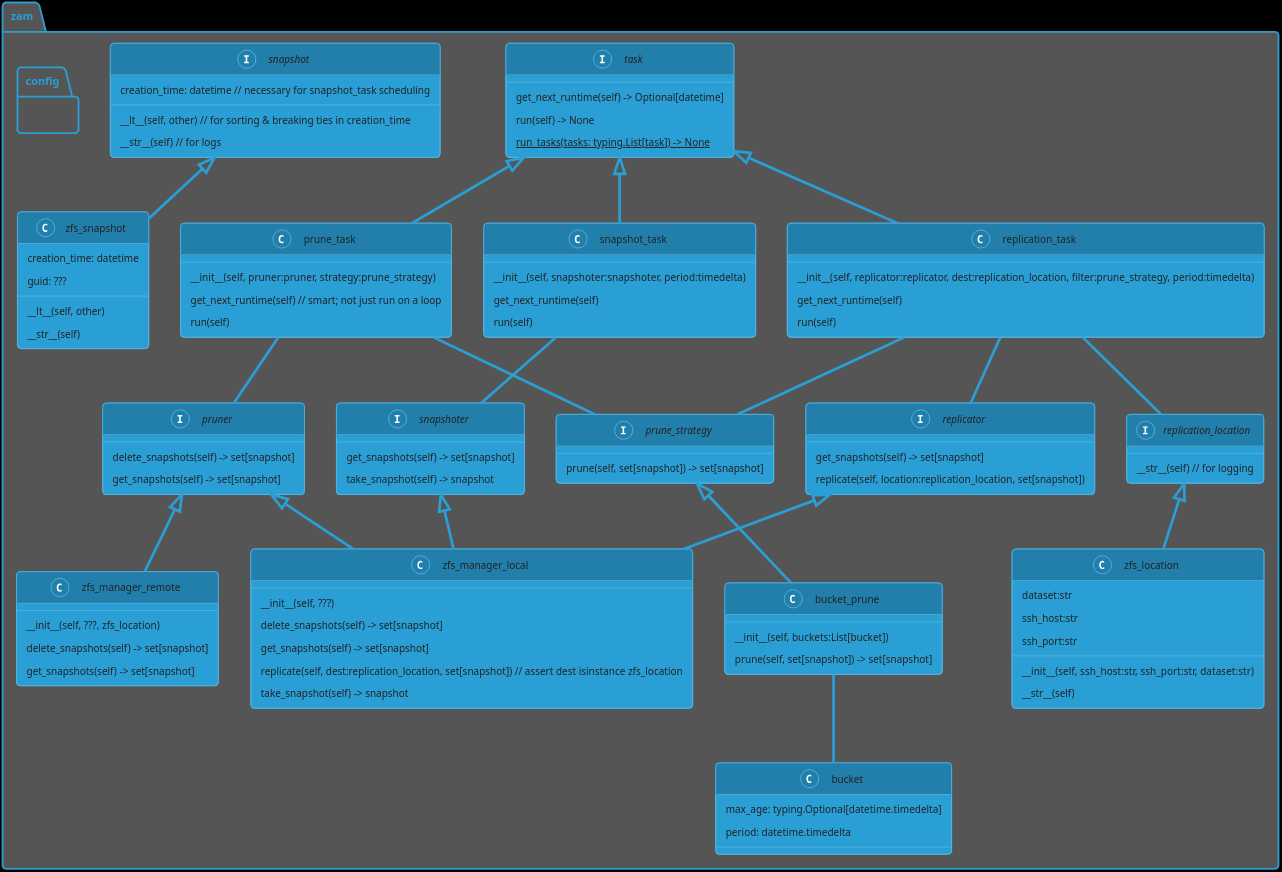
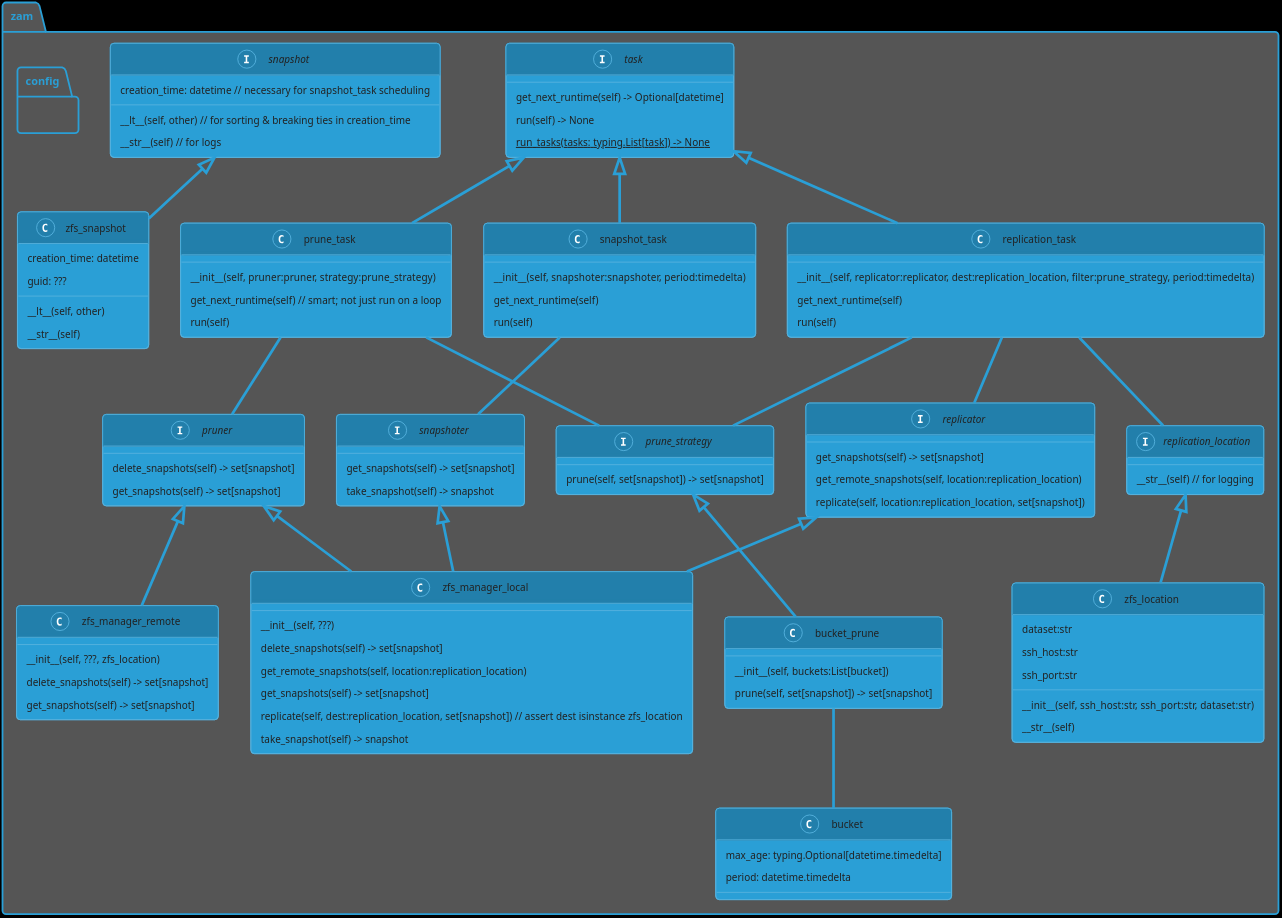
One commit to Ivan-Johnson/ZAM changed the diagram in docs/class_diagram.plantuml. Above: the diagram before and after it, drawn with PlantUML.

Commit message:
Add missing get_remote_snapshots method to replicator

```diff
--- a/docs/class_diagram.plantuml
+++ b/docs/class_diagram.plantuml
@@ -2,134 +2,136 @@
 @startuml
 !theme cyborg
 skinparam backgroundColor black
 skinparam dpi 300
 
 package "zam" {
 	interface task {
 		get_next_runtime(self) -> Optional[datetime]
 		run(self) -> None
 		{static} run_tasks(tasks: typing.List[task]) -> None
 	}
 
 	interface snapshot {
 		__lt__(self, other) // for sorting & breaking ties in creation_time
 		__str__(self) // for logs
 		creation_time: datetime // necessary for snapshot_task scheduling
 	}
 
 	class zfs_snapshot {
 		__lt__(self, other)
 		__str__(self)
 		creation_time: datetime
 		guid: ???
 	}
 	zfs_snapshot -up-|> snapshot
 
 	interface snapshoter {
 		get_snapshots(self) -> set[snapshot]
 		take_snapshot(self) -> snapshot
 	}
 
 	class snapshot_task {
 		__init__(self, snapshoter:snapshoter, period:timedelta)
 		get_next_runtime(self)
 		run(self)
 	}
 
 	snapshot_task -up-|> task
 	snapshot_task -- snapshoter
 
 	interface replicator {
 		get_snapshots(self) -> set[snapshot]
+		get_remote_snapshots(self, location:replication_location)
 		replicate(self, location:replication_location, set[snapshot])
 	}
 
 	interface replication_location {
 		__str__(self) // for logging
 	}
 
 	class replication_task {
 		__init__(self, replicator:replicator, dest:replication_location, filter:prune_strategy, period:timedelta)
 		get_next_runtime(self)
 		run(self)
 	}
 
 	replication_task -up-|> task
 	replication_task -- replicator
 	replication_task -- replication_location
 	replication_task -- prune_strategy
 
 	class prune_task {
 		__init__(self, pruner:pruner, strategy:prune_strategy)
 		get_next_runtime(self) // smart; not just run on a loop
 		run(self)
 	}
 
 	interface prune_strategy {
 		prune(self, set[snapshot]) -> set[snapshot]
 	}
 
 	interface pruner {
 		delete_snapshots(self) -> set[snapshot]
 		get_snapshots(self) -> set[snapshot]
 	}
 
 	prune_task -up-|> task
 	prune_task -- pruner
 	prune_task -- prune_strategy
 
 	class bucket {
 		'This probably shouldn't be a separate class
 		max_age: typing.Optional[datetime.timedelta]
 		period: datetime.timedelta
 	}
 
 	class bucket_prune {
 		__init__(self, buckets:List[bucket])
 		prune(self, set[snapshot]) -> set[snapshot]
 	}
 	bucket_prune -up-|> prune_strategy
 	bucket_prune -- bucket
 
 	class zfs_location {
 		__init__(self, ssh_host:str, ssh_port:str, dataset:str)
 		__str__(self)
 		dataset:str
 		ssh_host:str
 		ssh_port:str
 	}
 	zfs_location -up-|> replication_location
 
 	class zfs_manager_local {
 		__init__(self, ???)
 		delete_snapshots(self) -> set[snapshot]
+		get_remote_snapshots(self, location:replication_location)
 		get_snapshots(self) -> set[snapshot]
 		replicate(self, dest:replication_location, set[snapshot]) // assert dest isinstance zfs_location
 		take_snapshot(self) -> snapshot
 	}
 	zfs_manager_local -up-|> pruner
 	zfs_manager_local -up-|> replicator
 	zfs_manager_local -up-|> snapshoter
 
 	class zfs_manager_remote {
 		__init__(self, ???, zfs_location)
 		delete_snapshots(self) -> set[snapshot]
 		get_snapshots(self) -> set[snapshot]
 	}
 	zfs_manager_remote -up-|> pruner
 
 	package "config" {
 	}
 
 	'TODO #17: there's still a lot missing
 	'* need to de-duplicate {zfs_manager_remote,zfs_manager_local}.{get_snapshots(), delete_snapshots()}
 	'  * maybe a single ZFS class that gets given an interface for running
 	'    commands? It'd have to be a pretty complex interface to support piping
 	'    commands for zfs_manager_local.replicate(), and that's not even something that
 	'    we need for zfs_manager_remote...
 	'  * Maybe just common get_{getter,deletor}_command() and
 	'    parse_{getter,deletor}_output() function?
 	'* Design config classes/json structure
 }
 
 @enduml
```
